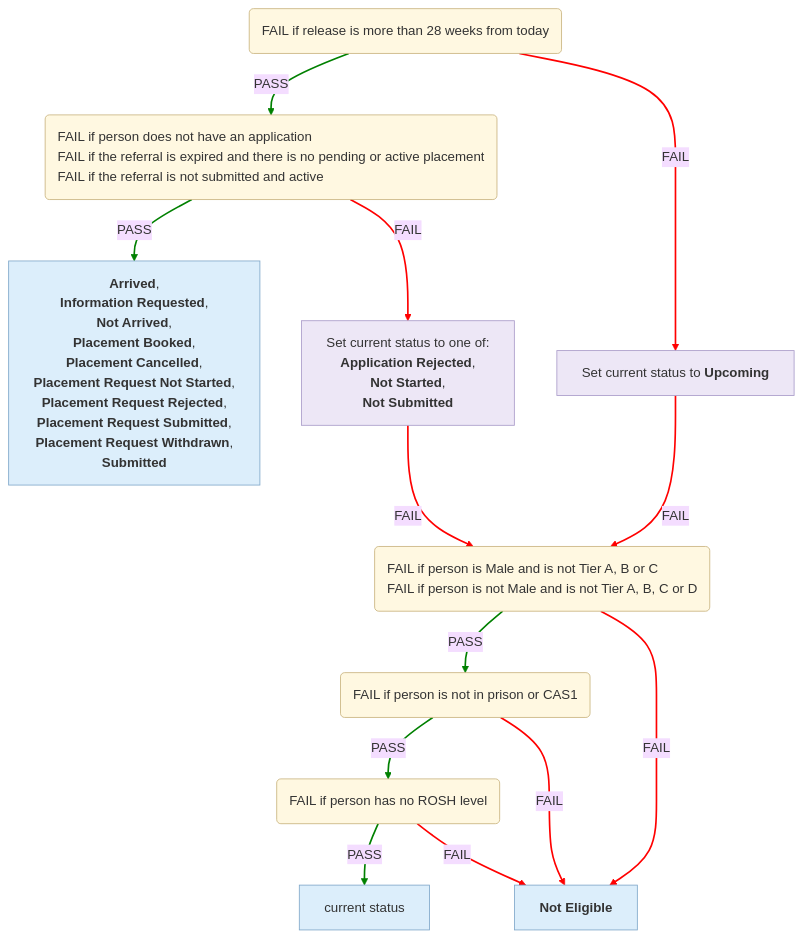
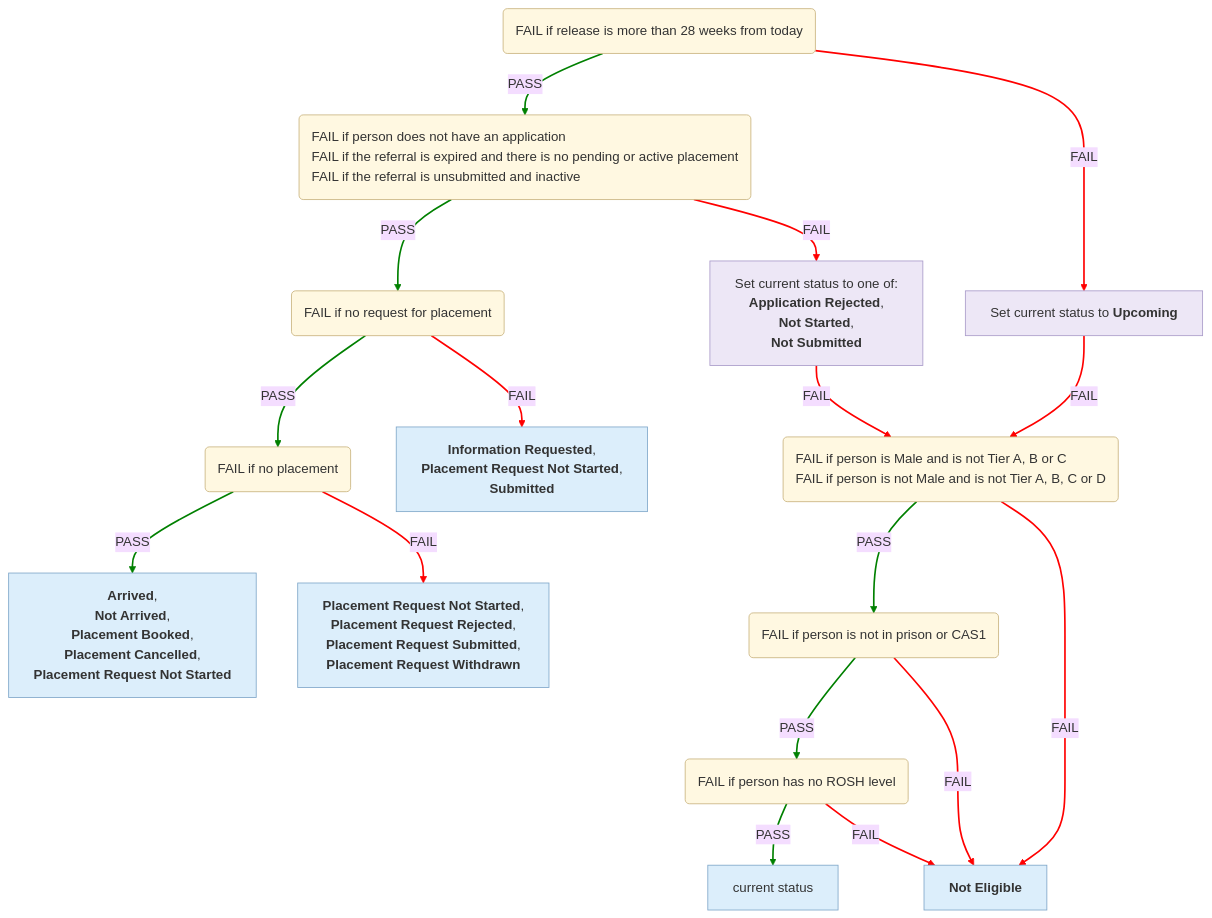
Before and after one commit to ministryofjustice/hmpps-single-accommodation-service-api: the first of 6 diagrams in docs/eligibility-rules-graph.md, drawn with Mermaid (base theme). The commit also changed other lines of this file and 19 other files, not shown here.

Commit message:
chore/SAS-1566-split-context-updater-statuses-CAS1

````diff
--- a/docs/eligibility-rules-graph.md
+++ b/docs/eligibility-rules-graph.md
@@ -9,49 +9,57 @@
 ```mermaid
 %%{init: {"flowchart": {"wrappingWidth": 800}}}%%
 flowchart TD
   Release_Within_28_Weeks("<div style='text-align:left'>FAIL if release is more than 28 weeks from today</div>")
   CAS1_Referral("<div style='text-align:left'>FAIL if person does not have an application
 FAIL if the referral is expired and there is no pending or active placement
-FAIL if the referral is not submitted and active</div>")
-  outcome_Cas1ActiveContextUpdater["<b>Arrived</b>,
- <b>Information Requested</b>,
+FAIL if the referral is unsubmitted and inactive</div>")
+  Request_For_Placement("<div style='text-align:left'>FAIL if no request for placement</div>")
+  Placement("<div style='text-align:left'>FAIL if no placement</div>")
+  outcome_PlacementContextUpdater["<b>Arrived</b>,
  <b>Not Arrived</b>,
  <b>Placement Booked</b>,
  <b>Placement Cancelled</b>,
- <b>Placement Request Not Started</b>,
+ <b>Placement Request Not Started</b>"]
+  outcome_NoPlacementContextUpdater["<b>Placement Request Not Started</b>,
  <b>Placement Request Rejected</b>,
  <b>Placement Request Submitted</b>,
- <b>Placement Request Withdrawn</b>,
+ <b>Placement Request Withdrawn</b>"]
+  outcome_NoRequestForPlacementContextUpdater["<b>Information Requested</b>,
+ <b>Placement Request Not Started</b>,
  <b>Submitted</b>"]
   updater_Cas1StartContextUpdater["Set current status to one of:
 <b>Application Rejected</b>,
  <b>Not Started</b>,
  <b>Not Submitted</b>"]
   Tier_Eligible_For_CAS1("<div style='text-align:left'>FAIL if person is Male and is not Tier A, B or C
 FAIL if person is not Male and is not Tier A, B, C or D</div>")
   Current_Accommodation_Eligible_For_CAS1("<div style='text-align:left'>FAIL if person is not in prison or CAS1</div>")
   ROSH_Eligible("<div style='text-align:left'>FAIL if person has no ROSH level</div>")
   confirmed["current status"]
   CAS1_NOT_ELIGIBLE["<b>Not Eligible</b>"]
   updater_Cas1UpcomingContextUpdater["Set current status to <b>Upcoming</b>"]
-  CAS1_Referral -->|PASS| outcome_Cas1ActiveContextUpdater
+  Placement -->|PASS| outcome_PlacementContextUpdater
+  Placement -->|FAIL| outcome_NoPlacementContextUpdater
+  Request_For_Placement -->|PASS| Placement
+  Request_For_Placement -->|FAIL| outcome_NoRequestForPlacementContextUpdater
+  CAS1_Referral -->|PASS| Request_For_Placement
   CAS1_Referral -->|FAIL| updater_Cas1StartContextUpdater
   ROSH_Eligible -->|PASS| confirmed
   ROSH_Eligible -->|FAIL| CAS1_NOT_ELIGIBLE
   Current_Accommodation_Eligible_For_CAS1 -->|PASS| ROSH_Eligible
   Current_Accommodation_Eligible_For_CAS1 -->|FAIL| CAS1_NOT_ELIGIBLE
   Tier_Eligible_For_CAS1 -->|PASS| Current_Accommodation_Eligible_For_CAS1
   Tier_Eligible_For_CAS1 -->|FAIL| CAS1_NOT_ELIGIBLE
   updater_Cas1StartContextUpdater -->|FAIL| Tier_Eligible_For_CAS1
   Release_Within_28_Weeks -->|PASS| CAS1_Referral
   Release_Within_28_Weeks -->|FAIL| updater_Cas1UpcomingContextUpdater
   updater_Cas1UpcomingContextUpdater -->|FAIL| Tier_Eligible_For_CAS1
-  linkStyle 0,2,4,6,9 stroke:green,stroke-width:2px
-  linkStyle 1,3,5,7,8,10,11 stroke:red,stroke-width:2px
+  linkStyle 0,2,4,6,8,10,13 stroke:green,stroke-width:2px
+  linkStyle 1,3,5,7,9,11,12,14,15 stroke:red,stroke-width:2px
   classDef ruleSetNode fill:#FFF8E1,stroke:#C9B37E,color:#333
   classDef outcomeNode fill:#DCEEFB,stroke:#7FA7C9,color:#333
   classDef updaterNode fill:#EDE7F6,stroke:#A99BC9,color:#333
-  class Release_Within_28_Weeks,CAS1_Referral,Tier_Eligible_For_CAS1,Current_Accommodation_Eligible_For_CAS1,ROSH_Eligible ruleSetNode
-  class outcome_Cas1ActiveContextUpdater,confirmed,CAS1_NOT_ELIGIBLE outcomeNode
+  class Release_Within_28_Weeks,CAS1_Referral,Request_For_Placement,Placement,Tier_Eligible_For_CAS1,Current_Accommodation_Eligible_For_CAS1,ROSH_Eligible ruleSetNode
+  class outcome_PlacementContextUpdater,outcome_NoPlacementContextUpdater,outcome_NoRequestForPlacementContextUpdater,confirmed,CAS1_NOT_ELIGIBLE outcomeNode
   class updater_Cas1StartContextUpdater,updater_Cas1UpcomingContextUpdater updaterNode
 ```
````
